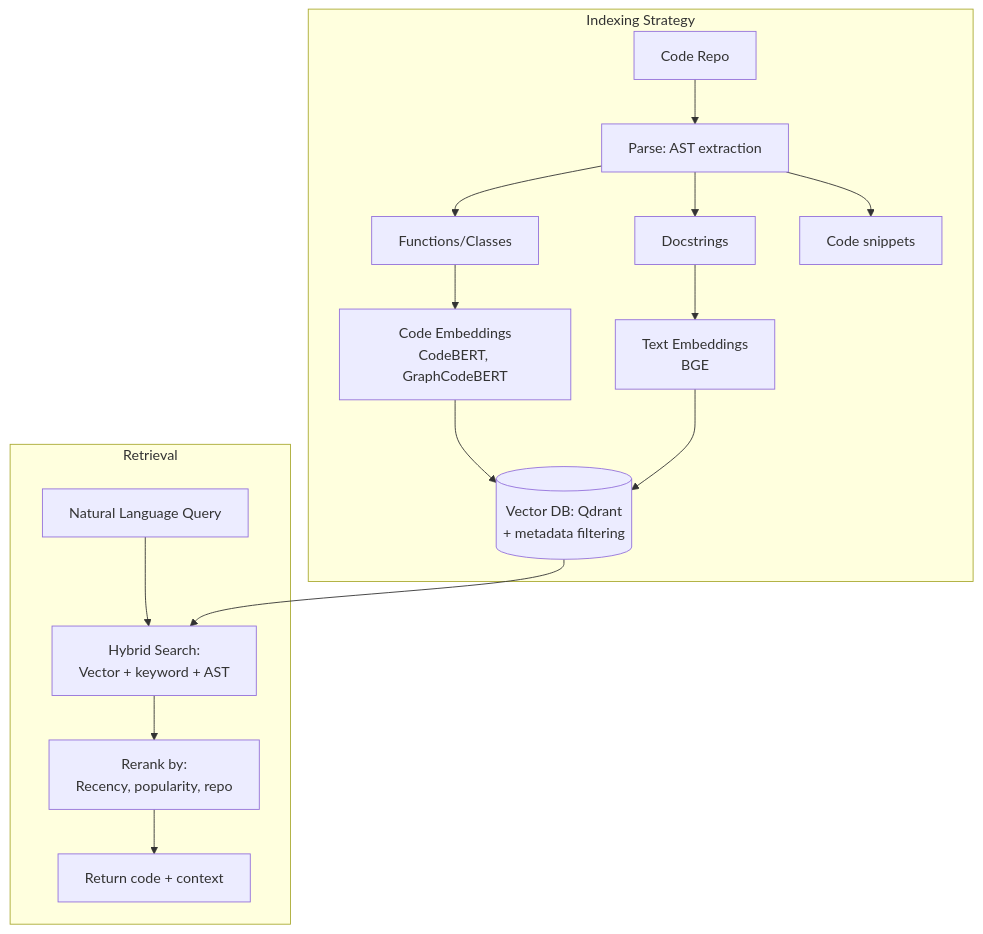
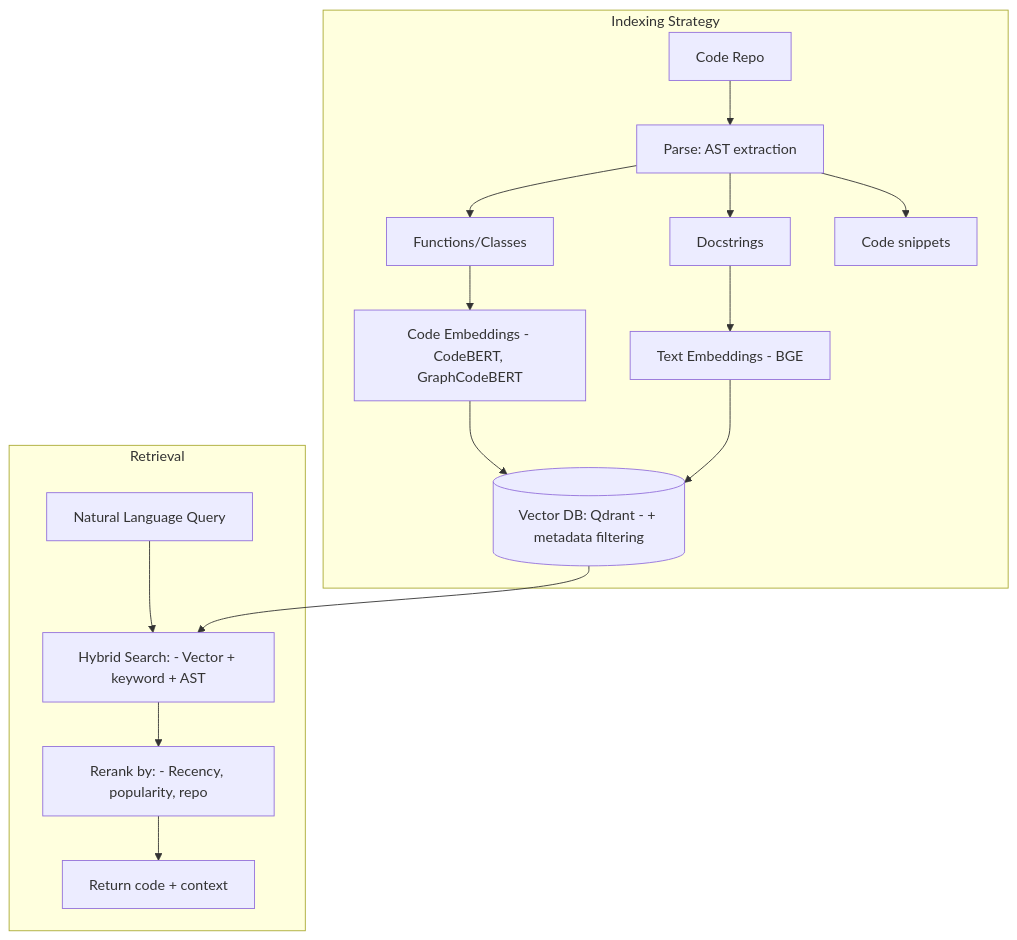
One commit to indhra/llm_rag_sec_findings changed the second of 3 diagrams in docs/learning/10-interview-prep.md. Above: the diagram before and after it, drawn with Mermaid. The commit also changed other lines of this file and 9 other files, not shown here.

````diff
--- a/docs/learning/10-interview-prep.md
+++ b/docs/learning/10-interview-prep.md
@@ -455,22 +455,22 @@
 ```mermaid
 graph TB
     subgraph "Indexing Strategy"
         C[Code Repo] --> P[Parse: AST extraction]
         P --> F1[Functions/Classes]
         P --> F2[Docstrings]
         P --> F3[Code snippets]
         
-        F1 --> E1[Code Embeddings<br/>CodeBERT, GraphCodeBERT]
-        F2 --> E2[Text Embeddings<br/>BGE]
+        F1 --> E1[Code Embeddings - CodeBERT, GraphCodeBERT]
+        F2 --> E2[Text Embeddings - BGE]
         
-        E1 --> V[(Vector DB: Qdrant<br/>+ metadata filtering)]
+        E1 --> V[(Vector DB: Qdrant - + metadata filtering)]
         E2 --> V
     end
     
     subgraph "Retrieval"
-        Q[Natural Language Query] --> H[Hybrid Search:<br/>Vector + keyword + AST]
+        Q[Natural Language Query] --> H[Hybrid Search: - Vector + keyword + AST]
         V --> H
-        H --> RR[Rerank by:<br/>Recency, popularity, repo]
+        H --> RR[Rerank by: - Recency, popularity, repo]
         RR --> R[Return code + context]
     end
 ```
````
